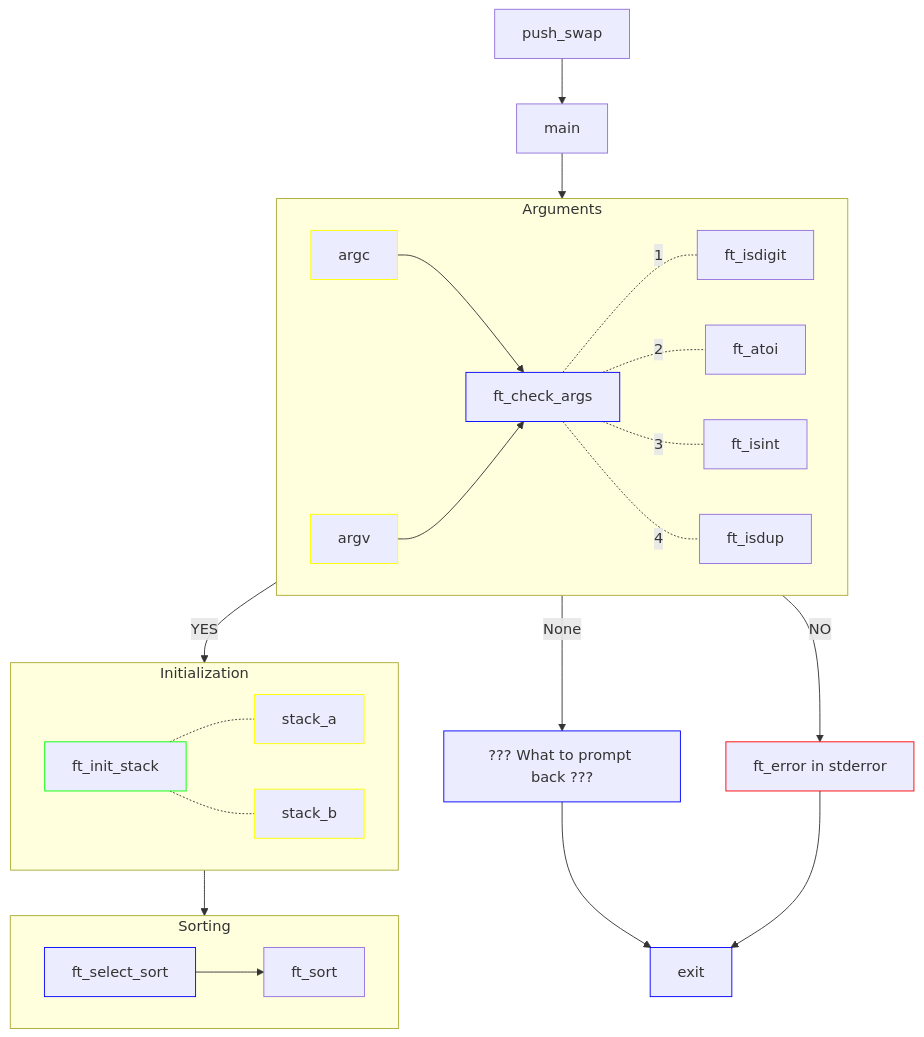
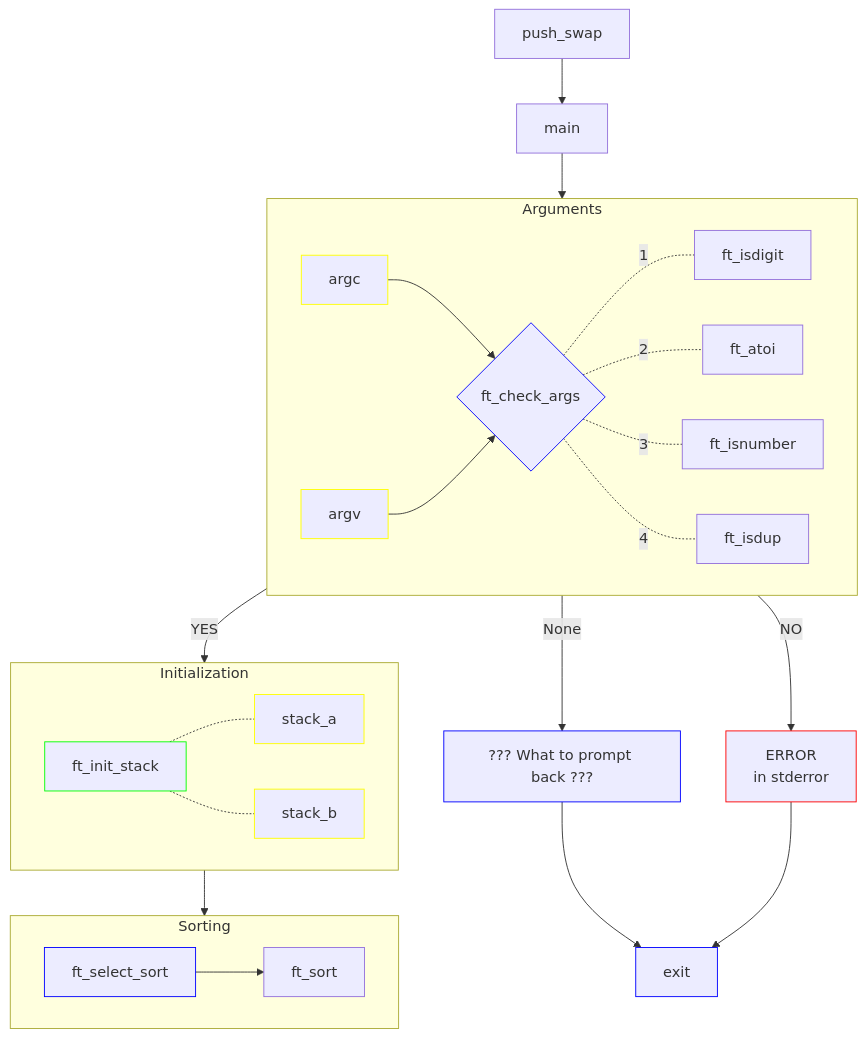
One commit to Tablerase/42_Projects changed the diagram in Push_swap/README.md. Above: the diagram before and after it, drawn with Mermaid.

Commit message:
update of program structure

````diff
--- a/Push_swap/README.md
+++ b/Push_swap/README.md
@@ -89,40 +89,40 @@
 ```mermaid
 flowchart TD
   classDef valid stroke:#0f0
   classDef invalid stroke:#f00
   classDef neutral stroke:#00f
   classDef data stroke:#ff0
   A[push_swap] --> B[main]
   B --> Arguments
 
   subgraph Arguments
     argc:::data --> C
     argv:::data --> C
-    C[ft_check_args]:::neutral
+    C{ft_check_args}:::neutral
     C -.- |1|D[ft_isdigit]
     C -.- |2|E[ft_atoi]
-    C -.- |3|F[ft_isint]
+    C -.- |3|F[ft_isnumber]
     C -.- |4|I[ft_isdup]
   end
 
   Arguments --> |YES| Initialization
-  Arguments --> |NO| error[ft_error in stderror]:::invalid
+  Arguments --> |NO| error["ERROR\n" in stderror]:::invalid
   Arguments --> |None| NoParameters[??? What to prompt back ???]:::neutral
   NoParameters --> exit:::neutral
   error --> exit
   
   subgraph Initialization
     G[ft_init_stack]:::valid
     G -.- stack_a:::data
     G -.- stack_b:::data
   end
 
   subgraph Sorting
     J[ft_select_sort]:::neutral --> K[ft_sort]
   end
 
   
 
   Initialization --> Sorting
 
 ```
````
